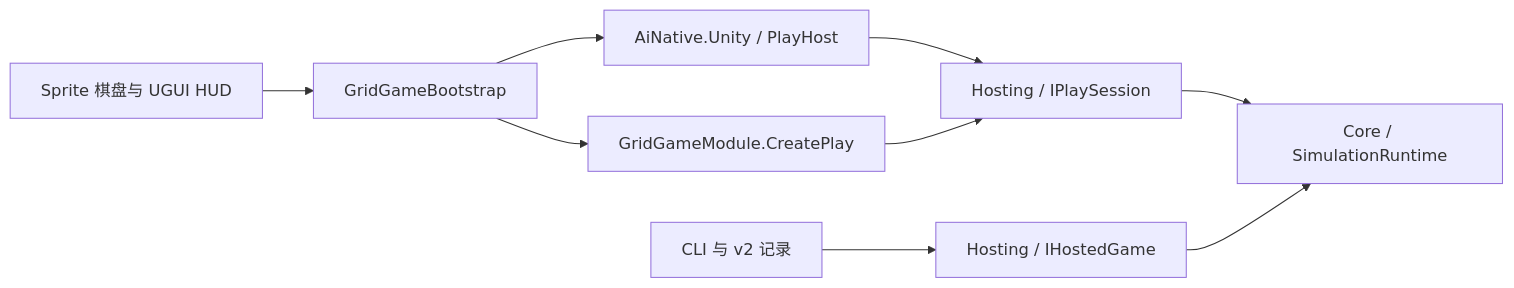
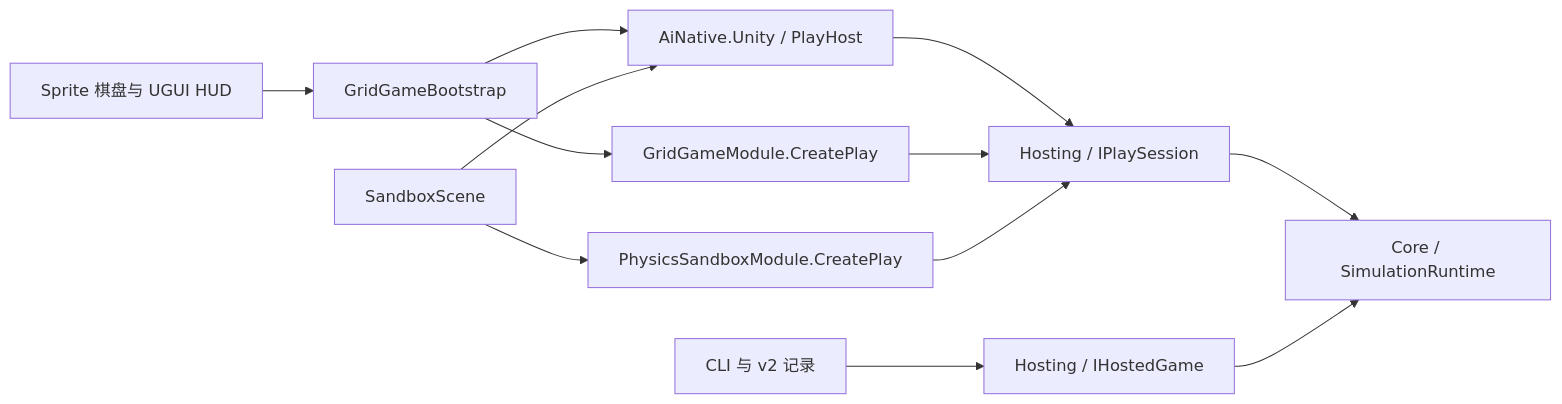
Before and after one commit to amuroray742-png/ai_native_game_engine: the diagram in docs/unity-play-host.md, drawn with Mermaid. The commit also changed other lines of this file and 84 other files, not shown here.

Commit message:
feat: 在 Unity Play 接入 PhysicsSandbox 并验证逐 Tick 回放

````diff
--- a/docs/unity-play-host.md
+++ b/docs/unity-play-host.md
@@ -5,11 +5,14 @@
 ```mermaid
 flowchart LR
   Scene[GridGameBootstrap] --> Host[AiNative.Unity / PlayHost]
   Scene --> Module[GridGameModule.CreatePlay]
   Host --> Session[Hosting / IPlaySession]
   Module --> Session
+  Sandbox[SandboxScene] --> Host
+  Sandbox --> SandboxModule[PhysicsSandboxModule.CreatePlay]
+  SandboxModule --> Session
   Session --> Core[Core / SimulationRuntime]
   Board[Sprite 棋盘与 UGUI HUD] --> Scene
   CLI[CLI 与 v2 记录] --> Protocol[Hosting / IHostedGame]
   Protocol --> Core
 ```
````
